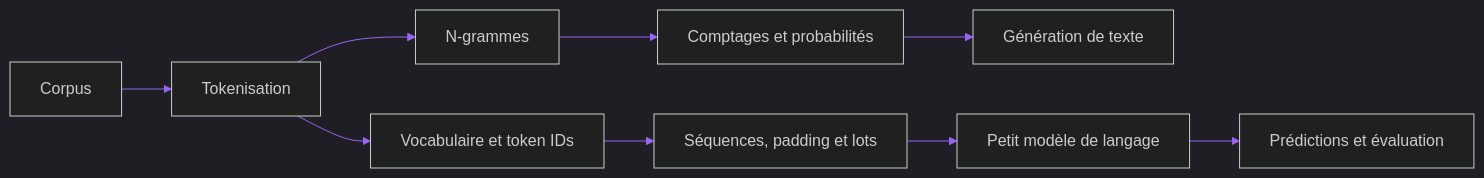
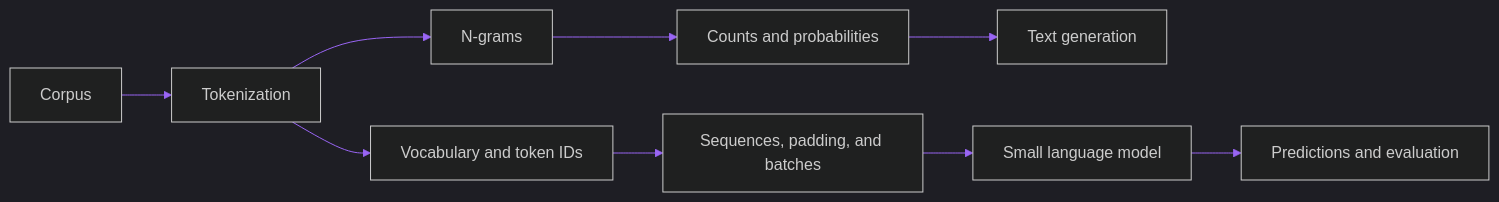
The diagram in README.md (ACADEMIC-AND-PERSONAL-PROJECTS/Google-DeepMind-AI-Research-Foundations-solutions), drawn with Mermaid before and after one commit. The commit also changed other lines of this file and 1 other file, not shown here.

````diff
--- a/README.md
+++ b/README.md
@@ -52,12 +52,12 @@
 ```mermaid
 %%{init: {"theme":"dark", "themeVariables": {"primaryColor":"#15085F", "primaryTextColor":"#C4A9F2", "primaryBorderColor":"#5336A6", "lineColor":"#9965F4"}}}%%
 flowchart LR
-    corpus["Corpus"] --> tokens["Tokenisation"]
-    tokens --> ngrams["N-grammes"]
-    ngrams --> probs["Comptages et probabilités"]
-    probs --> generation["Génération de texte"]
-    tokens --> encoded["Vocabulaire et token IDs"]
-    encoded --> batches["Séquences, padding et lots"]
-    batches --> model["Petit modèle de langage"]
-    model --> evaluate["Prédictions et évaluation"]
+    corpus["Corpus"] --> tokens["Tokenization"]
+    tokens --> ngrams["N-grams"]
+    ngrams --> probs["Counts and probabilities"]
+    probs --> generation["Text generation"]
+    tokens --> encoded["Vocabulary and token IDs"]
+    encoded --> batches["Sequences, padding, and batches"]
+    batches --> model["Small language model"]
+    model --> evaluate["Predictions and evaluation"]
 ```
````
